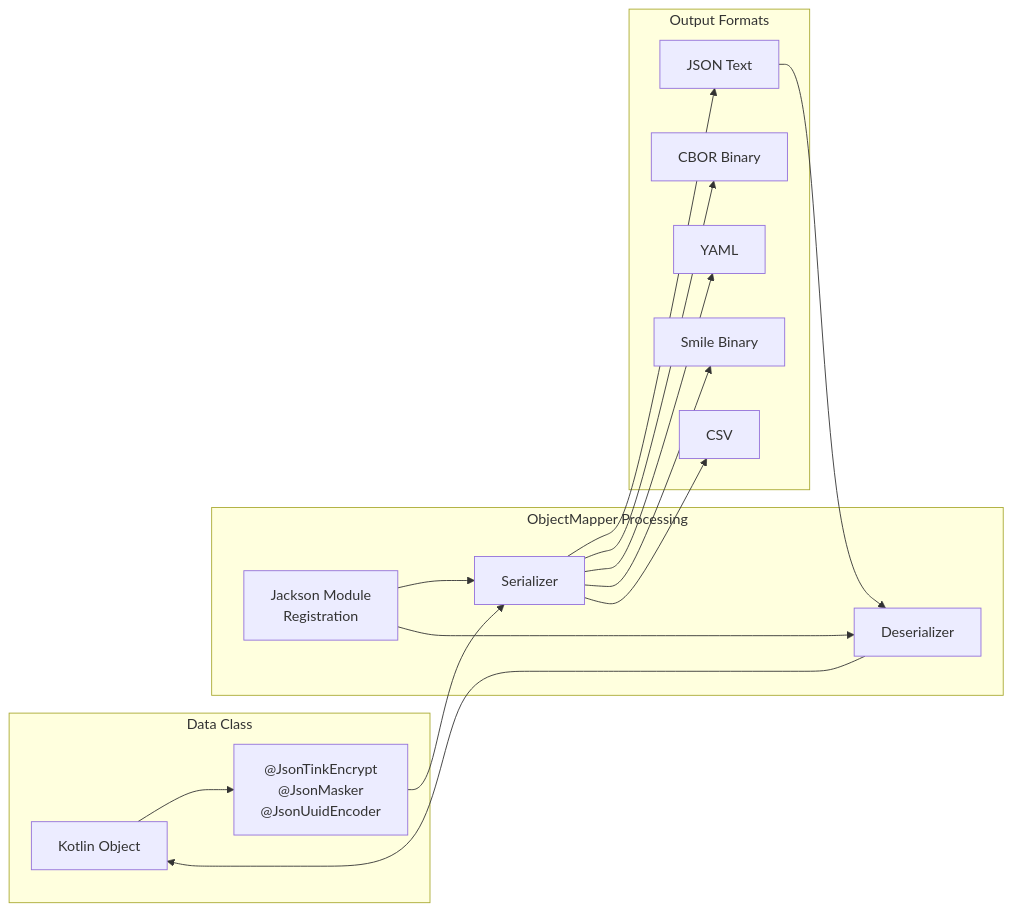
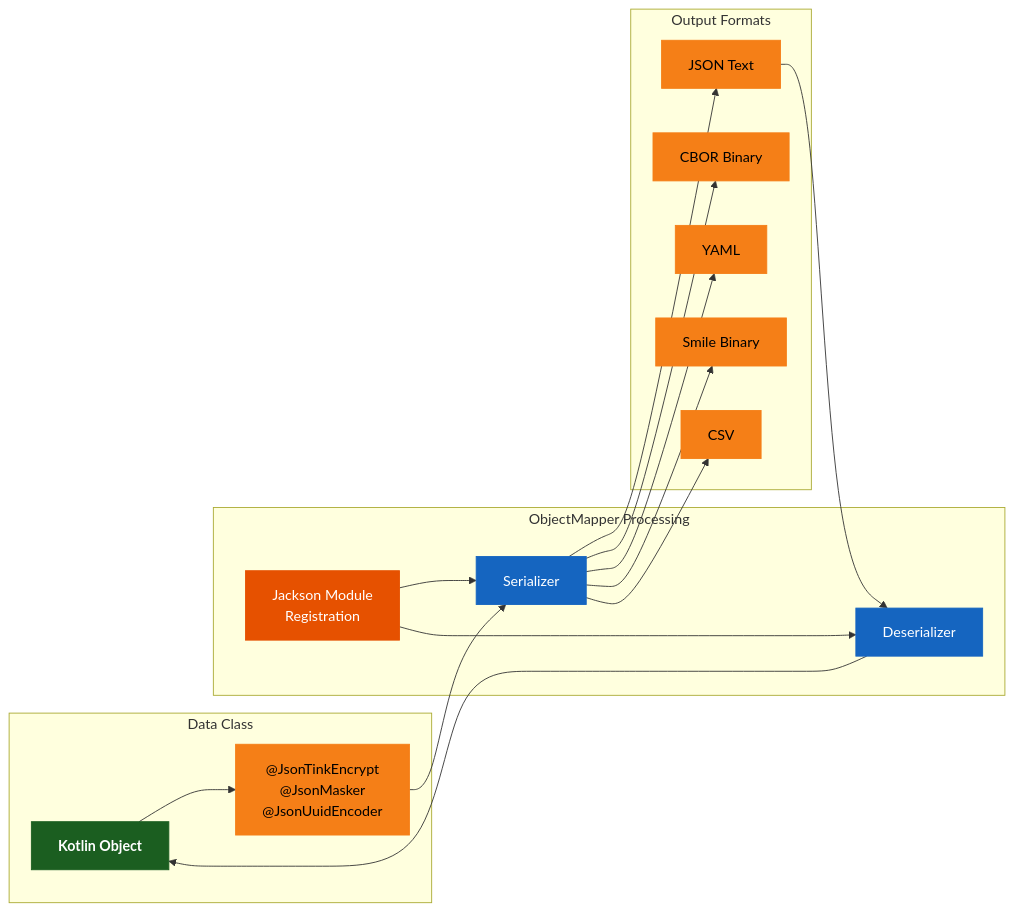
One commit to bluetape4k/bluetape4k-projects changed the second of 3 diagrams in io/jackson2/README.md. Above: the diagram before and after it, drawn with Mermaid. The commit also changed other lines of this file and 221 other files, not shown here.

First line of the commit message:
docs: 전체 모듈 README UML 다이어그램 보강 및 색상 업그레이드

````diff
--- a/io/jackson2/README.md
+++ b/io/jackson2/README.md
@@ -72,32 +82,45 @@
 ```mermaid
 flowchart LR
     subgraph DataClass["Data Class"]
         OBJ[Kotlin Object]
         ANN["@JsonTinkEncrypt<br/>@JsonMasker<br/>@JsonUuidEncoder"]
     end
 
     subgraph ObjectMapper["ObjectMapper Processing"]
         SER[Serializer]
         DES[Deserializer]
         MOD[Jackson Module<br/>Registration]
     end
 
     subgraph OutputFormats["Output Formats"]
         JSON[JSON Text]
         CBOR[CBOR Binary]
         YAML[YAML]
         SMILE[Smile Binary]
         CSV_FMT[CSV]
     end
 
     OBJ --> ANN
     ANN --> SER
     MOD --> SER
     MOD --> DES
     SER --> JSON
     SER --> CBOR
     SER --> YAML
     SER --> SMILE
     SER --> CSV_FMT
     JSON --> DES --> OBJ
+
+    classDef coreStyle fill:#1B5E20,stroke:#1B5E20,color:#FFFFFF,font-weight:bold
+    classDef serviceStyle fill:#1565C0,stroke:#1565C0,color:#FFFFFF
+    classDef utilStyle fill:#E65100,stroke:#E65100,color:#FFFFFF
+    classDef asyncStyle fill:#6A1B9A,stroke:#6A1B9A,color:#FFFFFF
+    classDef dataStyle fill:#F57F17,stroke:#F57F17,color:#000000
+
+    class OBJ coreStyle
+    class ANN dataStyle
+    class SER serviceStyle
+    class DES serviceStyle
+    class MOD utilStyle
+    class JSON,CBOR,YAML,SMILE,CSV_FMT dataStyle
 ```
````
